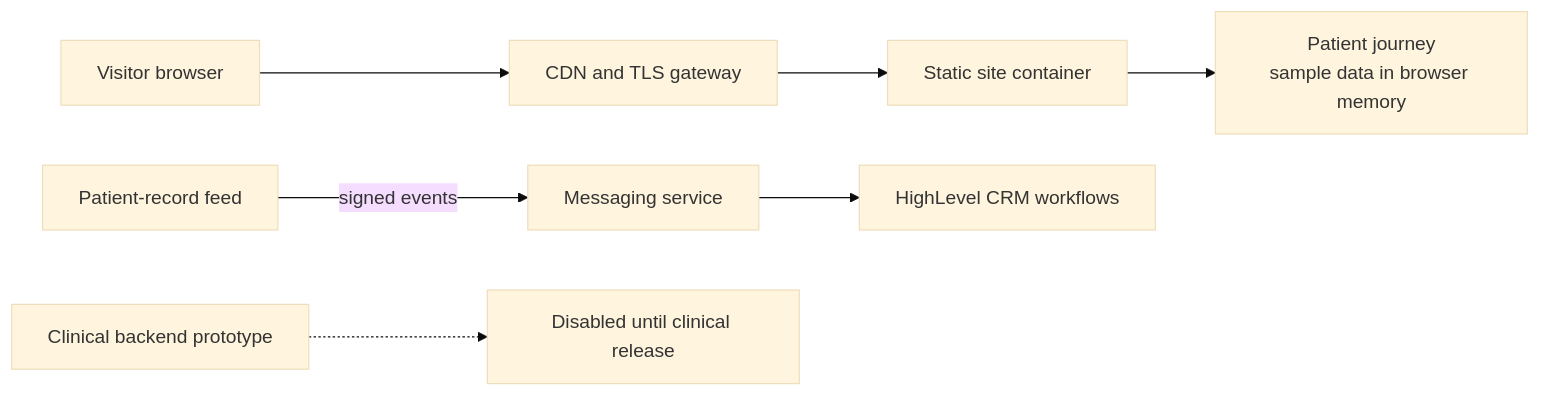
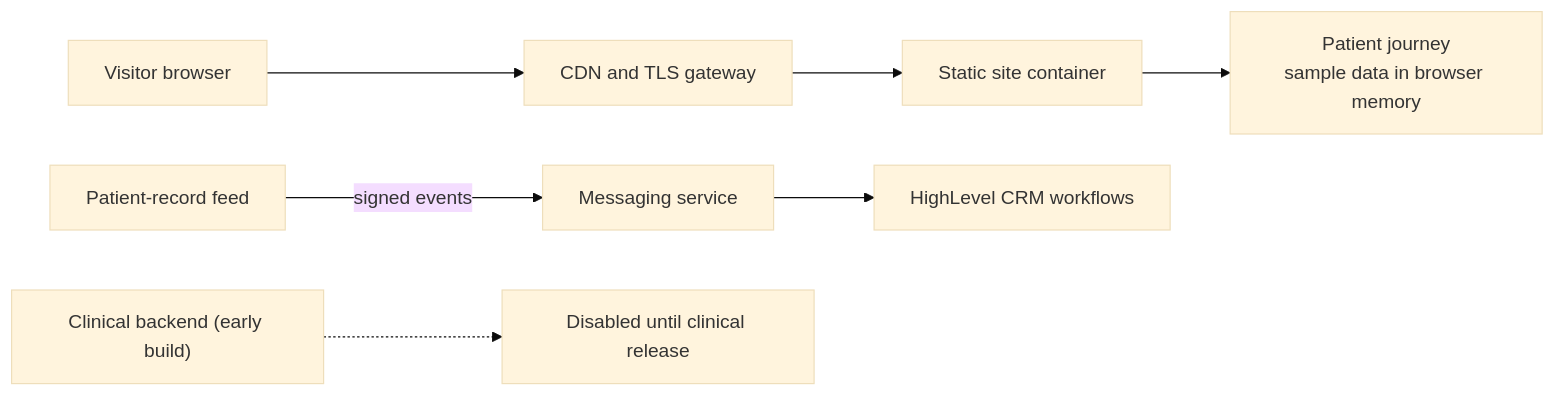
The diagram in README.md (Zahidulislam2222/dental-clinic), drawn with Mermaid (base theme) before and after one commit. The commit also changed other lines of this file and 32 other files, not shown here.

````diff
--- a/README.md
+++ b/README.md
@@ -61,9 +61,9 @@
 ```mermaid
 flowchart LR
     Visitor[Visitor browser] --> CDN[CDN and TLS gateway]
     CDN --> Site[Static site container]
     Site --> Journey[Patient journey<br/>sample data in browser memory]
     Feed[Patient-record feed] -- signed events --> Messaging[Messaging service]
     Messaging --> CRM[HighLevel CRM workflows]
-    Backend[Clinical backend prototype] -.-> Gate[Disabled until clinical release]
+    Backend["Clinical backend (early build)"] -.-> Gate[Disabled until clinical release]
 ```
````
